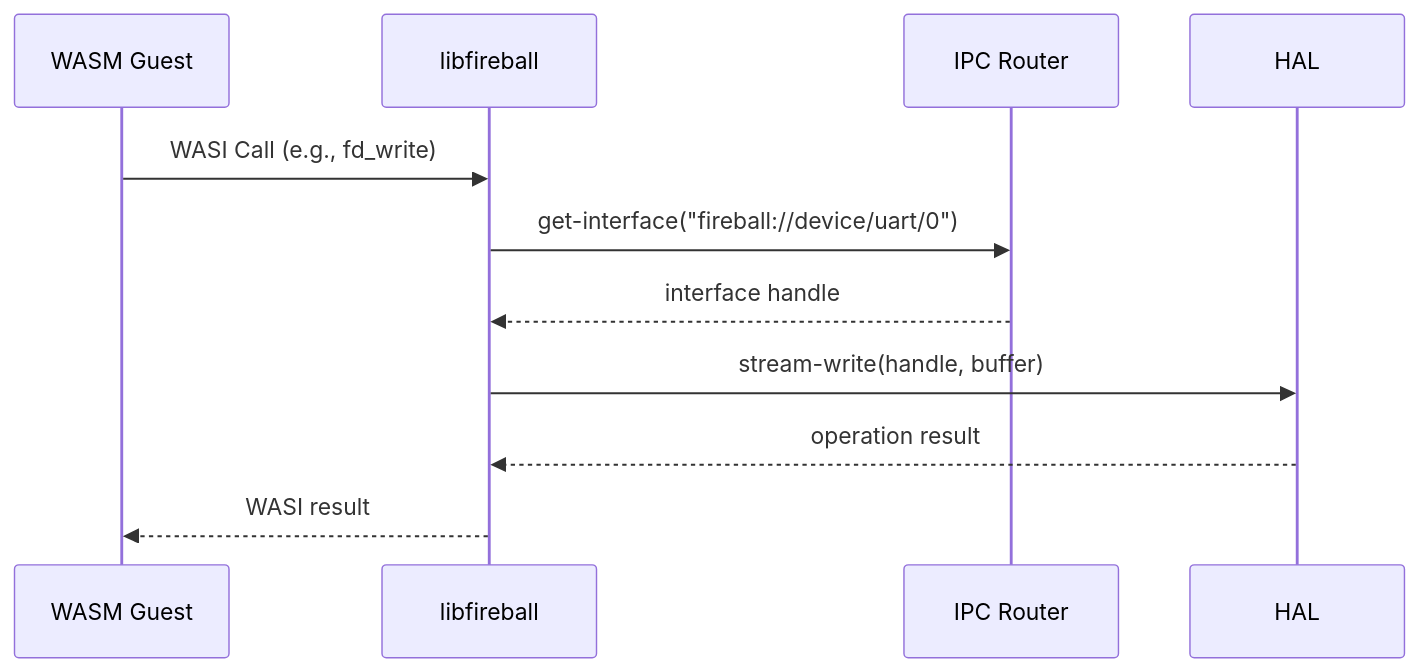
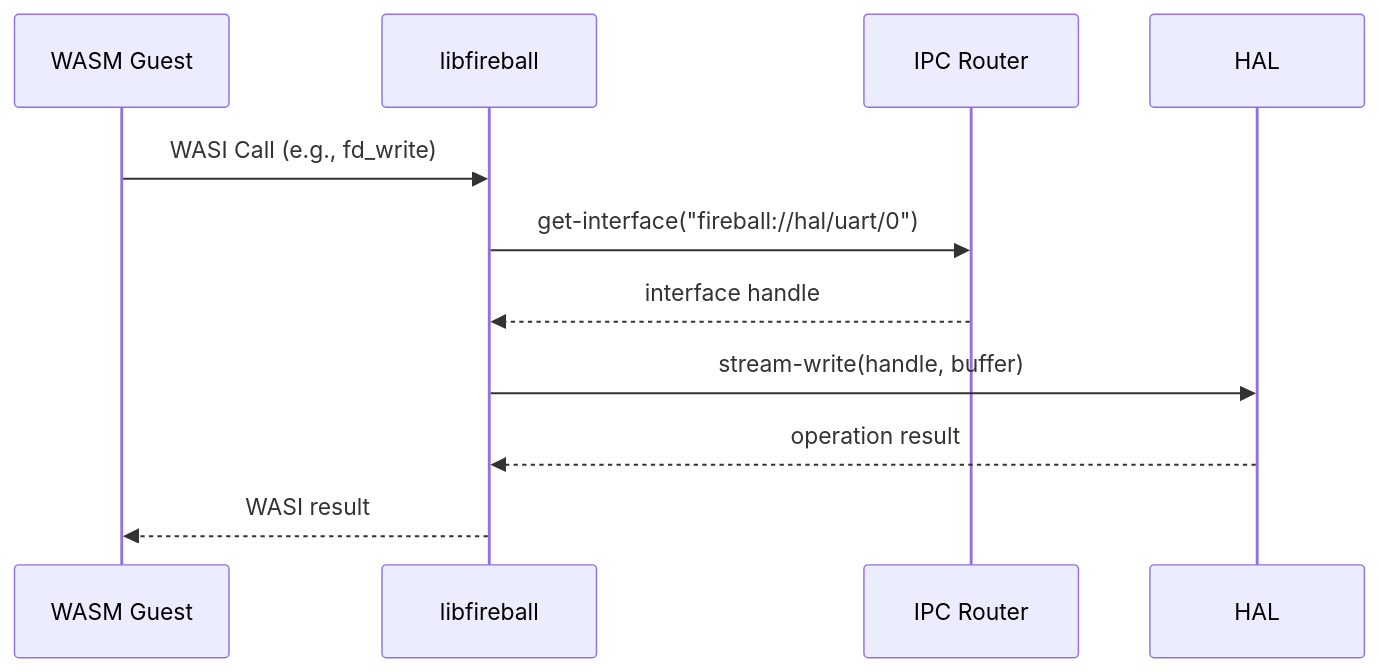
One commit to kmt-t/fireball changed the third of 3 diagrams in docs/components/tier1_interface/system_service.md. Above: the diagram before and after it, drawn with Mermaid. The commit also changed other lines of this file and 70 other files, not shown here.

````diff
--- a/docs/components/tier1_interface/system_service.md
+++ b/docs/components/tier1_interface/system_service.md
@@ -88,14 +88,14 @@
 ```mermaid
 sequenceDiagram
     participant G as WASM Guest
     participant L as libfireball
     participant R as IPC Router
     participant H as HAL
 
     G->>L: WASI Call (e.g., fd_write)
-    L->>R: get-interface("fireball://device/uart/0")
+    L->>R: get-interface("fireball://hal/uart/0")
     R-->>L: interface handle
     L->>H: stream-write(handle, buffer)
     H-->>L: operation result
     L-->>G: WASI result
 ```
````
